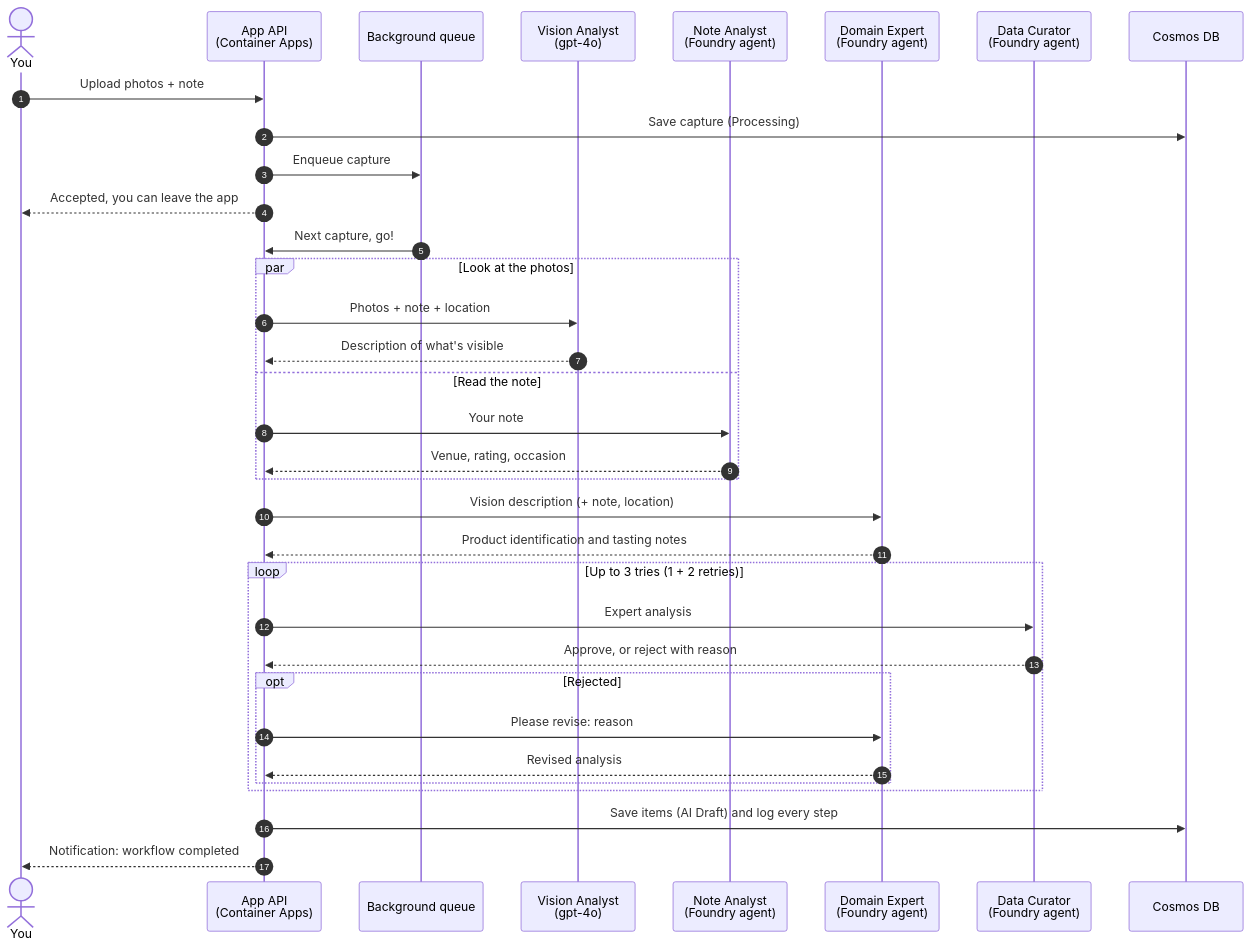
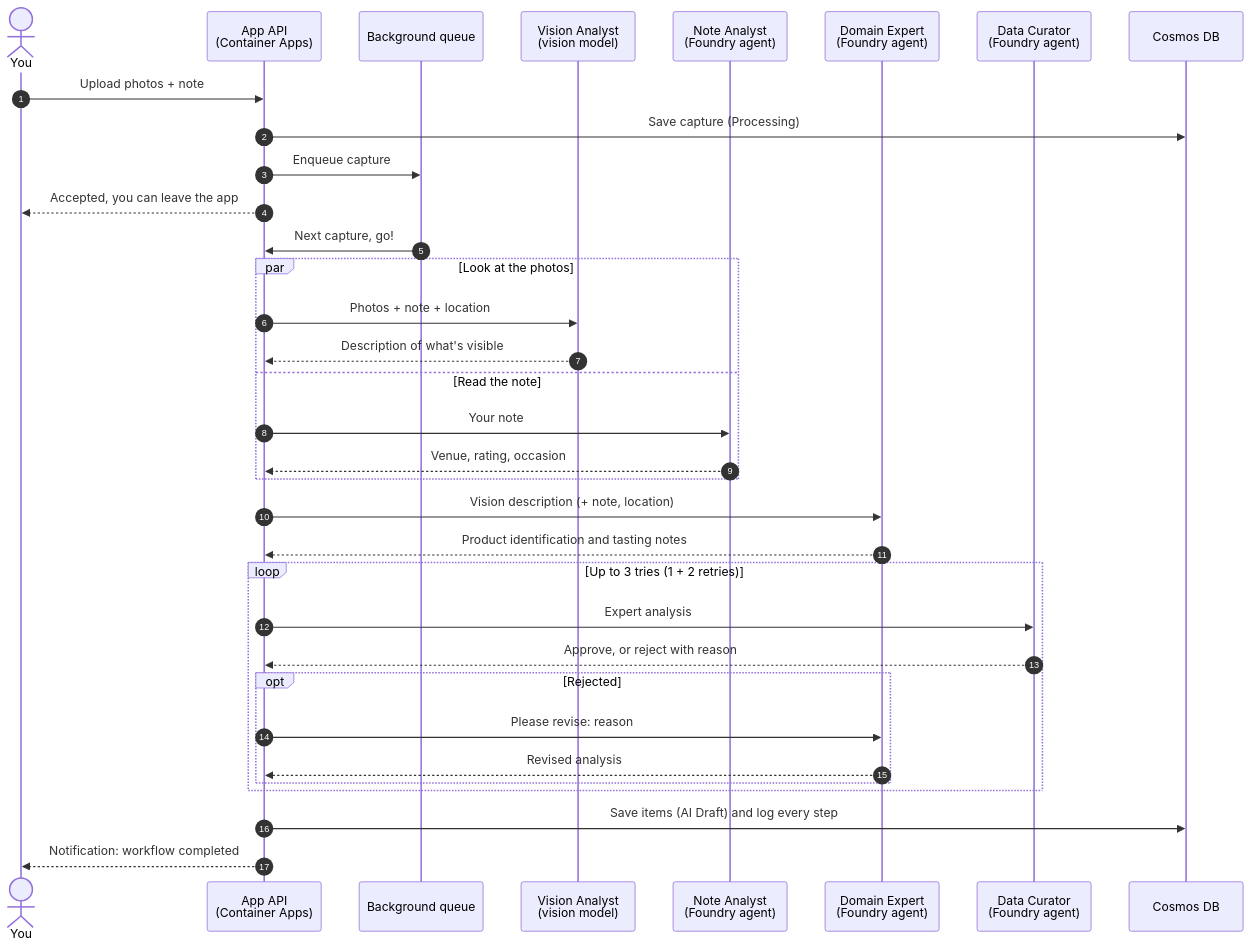
One commit to briandenicola/drinks-and-desserts changed the second of 5 diagrams in docs/ai-agents.md. Above: the diagram before and after it, drawn with Mermaid. The commit also changed other lines of this file and 45 other files, not shown here.

````diff
--- a/docs/ai-agents.md
+++ b/docs/ai-agents.md
@@ -83,41 +85,41 @@
 ```mermaid
 sequenceDiagram
     autonumber
     actor You
     participant API as App API<br/>(Container Apps)
     participant Q as Background queue
-    participant V as Vision Analyst<br/>(gpt-4o)
+    participant V as Vision Analyst<br/>(vision model)
     participant N as Note Analyst<br/>(Foundry agent)
     participant E as Domain Expert<br/>(Foundry agent)
     participant C as Data Curator<br/>(Foundry agent)
     participant DB as Cosmos DB
 
     You->>API: Upload photos + note
     API->>DB: Save capture (Processing)
     API->>Q: Enqueue capture
     API-->>You: Accepted, you can leave the app
     Q->>API: Next capture, go!
 
     par Look at the photos
         API->>V: Photos + note + location
         V-->>API: Description of what's visible
     and Read the note
         API->>N: Your note
         N-->>API: Venue, rating, occasion
     end
 
     API->>E: Vision description (+ note, location)
     E-->>API: Product identification and tasting notes
 
     loop Up to 3 tries (1 + 2 retries)
         API->>C: Expert analysis
         C-->>API: Approve, or reject with reason
         opt Rejected
             API->>E: Please revise: reason
             E-->>API: Revised analysis
         end
     end
 
     API->>DB: Save items (AI Draft) and log every step
     API-->>You: Notification: workflow completed
 ```
````
